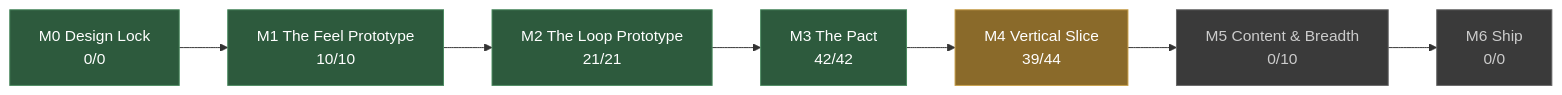
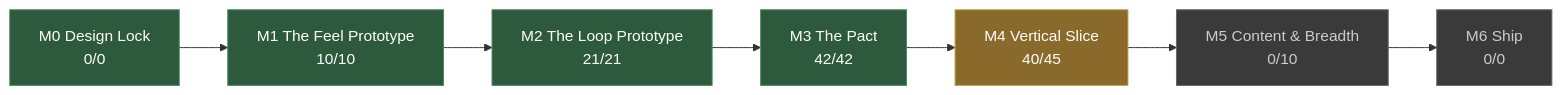
The diagram in docs/STATUS.md (JoshuaGessner/she), drawn with Mermaid before and after one commit. The commit also changed other lines of this file and 22 other files, not shown here.

````diff
--- a/docs/STATUS.md
+++ b/docs/STATUS.md
@@ -13,19 +13,19 @@
 ```mermaid
 flowchart LR
   M0["M0 Design Lock<br/>0/0"]:::passed
   M1["M1 The Feel Prototype<br/>10/10"]:::passed
   M0 --> M1
   M2["M2 The Loop Prototype<br/>21/21"]:::passed
   M1 --> M2
   M3["M3 The Pact<br/>42/42"]:::passed
   M2 --> M3
-  M4["M4 Vertical Slice<br/>39/44"]:::current
+  M4["M4 Vertical Slice<br/>40/45"]:::current
   M3 --> M4
   M5["M5 Content & Breadth<br/>0/10"]:::ahead
   M4 --> M5
   M6["M6 Ship<br/>0/0"]:::ahead
   M5 --> M6
   classDef passed fill:#2d5a3d,stroke:#4a8a5f,color:#fff
   classDef current fill:#8a6a2a,stroke:#c8a04a,color:#fff
   classDef ahead fill:#3a3a3a,stroke:#666,color:#ccc
 ```
````
